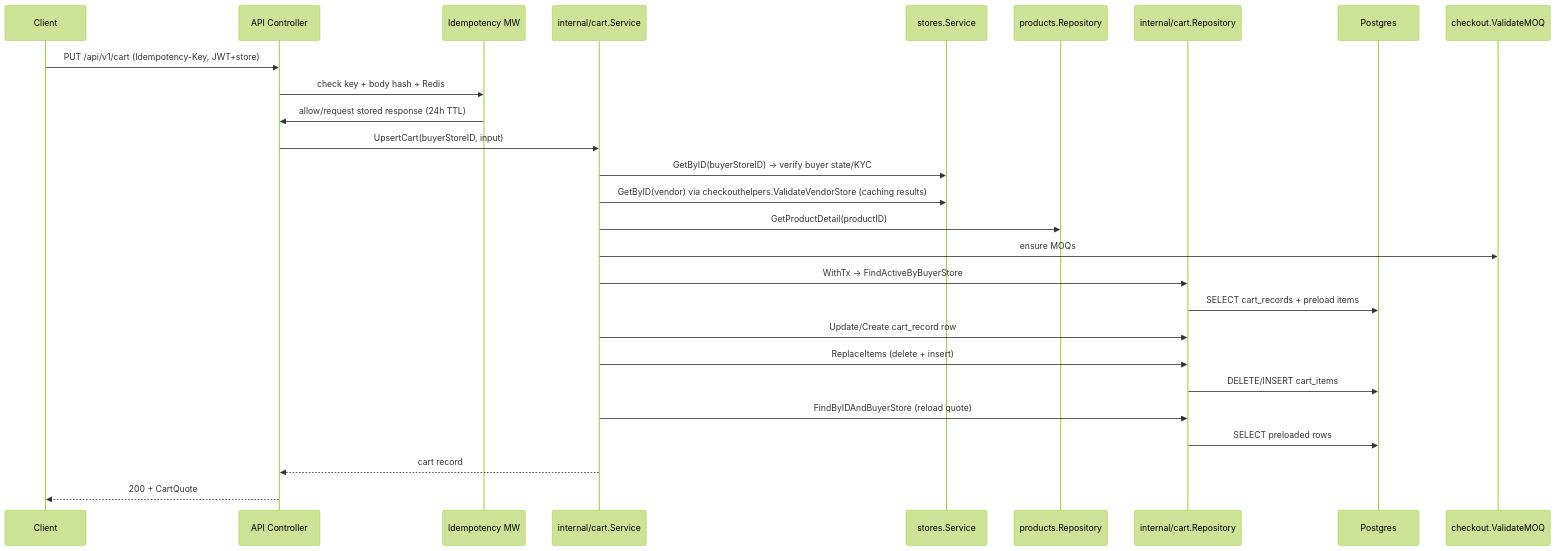
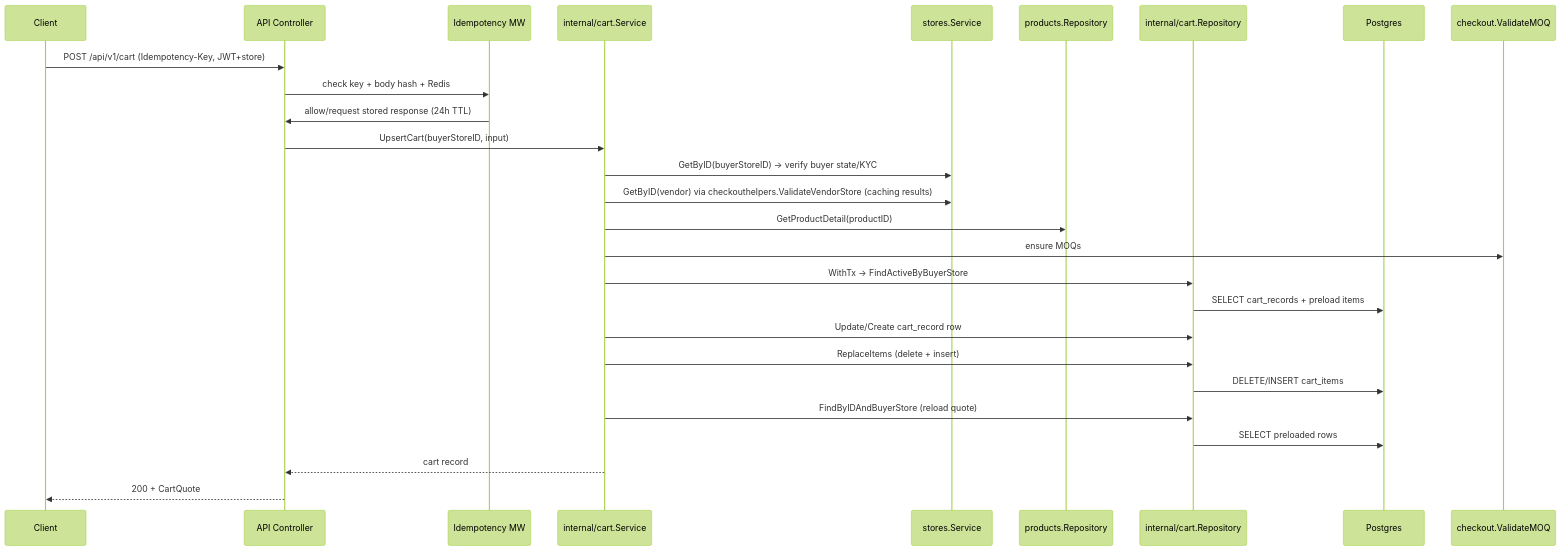
One commit to mondragon-ai/packfinderz-backend changed the first of 2 diagrams in docs/state/CART_state.md. Above: the diagram before and after it, drawn with Mermaid (forest theme). The commit also changed other lines of this file and 15 other files, not shown here.

````diff
--- a/docs/state/CART_state.md
+++ b/docs/state/CART_state.md
@@ -162,29 +156,29 @@
 ```mermaid
 sequenceDiagram
   participant Client
   participant API as API Controller
   participant Idem as Idempotency MW
   participant CartSvc as internal/cart.Service
   participant StoreSvc as stores.Service
   participant ProductRepo as products.Repository
   participant CartRepo as internal/cart.Repository
   participant DB as Postgres
 
-  Client->>API: PUT /api/v1/cart (Idempotency-Key, JWT+store)
+  Client->>API: POST /api/v1/cart (Idempotency-Key, JWT+store)
   API->>Idem: check key + body hash + Redis
   Idem->>API: allow/request stored response (24h TTL)
   API->>CartSvc: UpsertCart(buyerStoreID, input)
   CartSvc->>StoreSvc: GetByID(buyerStoreID) → verify buyer state/KYC
   CartSvc->>StoreSvc: GetByID(vendor) via checkouthelpers.ValidateVendorStore (caching results)
   CartSvc->>ProductRepo: GetProductDetail(productID)
   CartSvc->>checkout.ValidateMOQ: ensure MOQs
   CartSvc->>CartRepo: WithTx → FindActiveByBuyerStore
   CartRepo->>DB: SELECT cart_records + preload items
   CartSvc->>CartRepo: Update/Create cart_record row
   CartSvc->>CartRepo: ReplaceItems (delete + insert)
   CartRepo->>DB: DELETE/INSERT cart_items
   CartSvc->>CartRepo: FindByIDAndBuyerStore (reload quote)
   CartRepo->>DB: SELECT preloaded rows
   CartSvc-->>API: cart record
   API-->>Client: 200 + CartQuote
 ```
````
